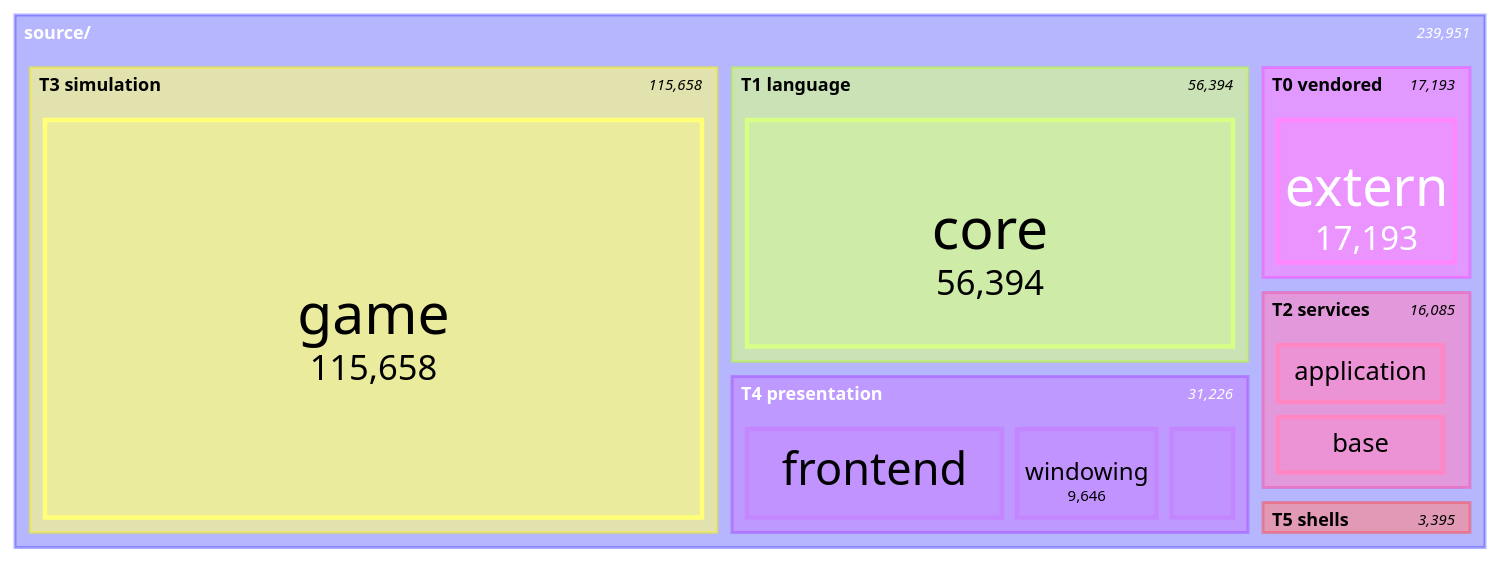
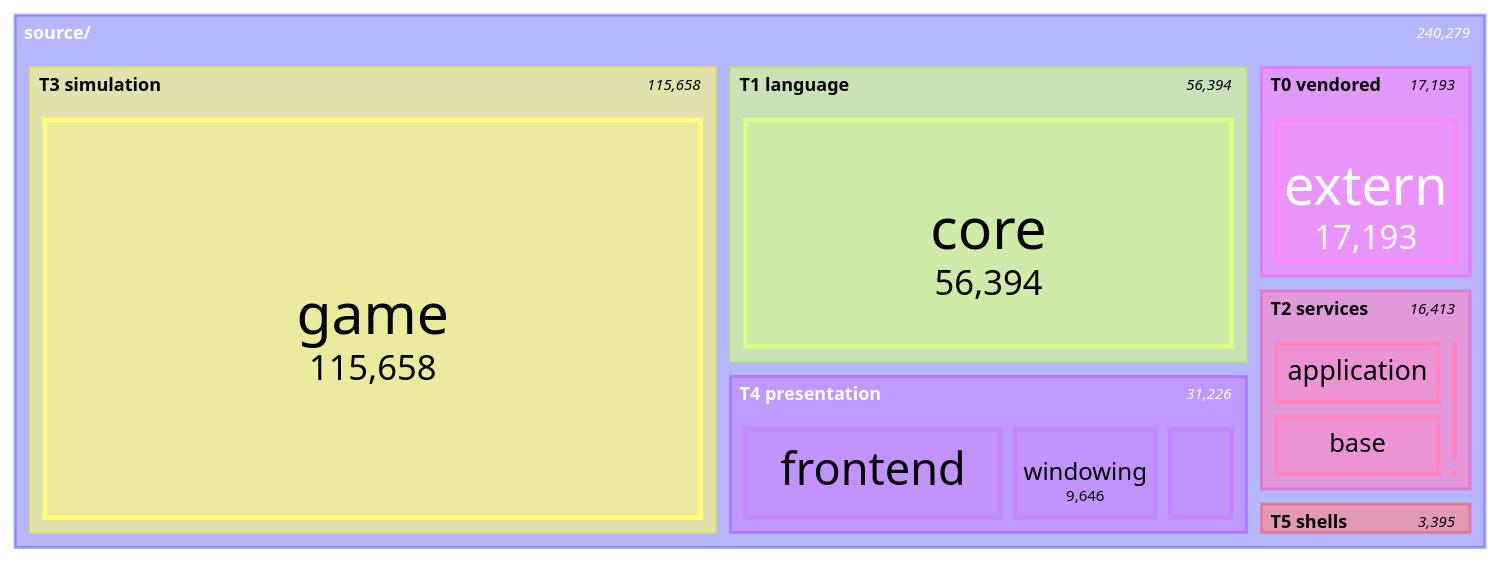
One commit to apnex/OpenStarbound changed the seventh of 11 diagrams in docs/architecture/system-boundaries.md. Above: the diagram before and after it, drawn with Mermaid. The commit also changed other lines of this file and 10 other files, not shown here.

````diff
--- a/docs/architecture/system-boundaries.md
+++ b/docs/architecture/system-boundaries.md
@@ -592,22 +592,22 @@
 ```mermaid
 treemap-beta
 "source/"
     "T0 vendored"
         "extern": 17193
     "T1 language"
         "core": 56394
     "T2 services"
         "application": 7607
         "base": 7468
-        "metrics": 868
+        "metrics": 1196
         "platform": 142
     "T3 simulation"
         "game": 115658
     "T4 presentation"
         "frontend": 16863
         "windowing": 9646
         "rendering": 4717
     "T5 shells"
         "client": 2612
         "server": 783
 ```
````
